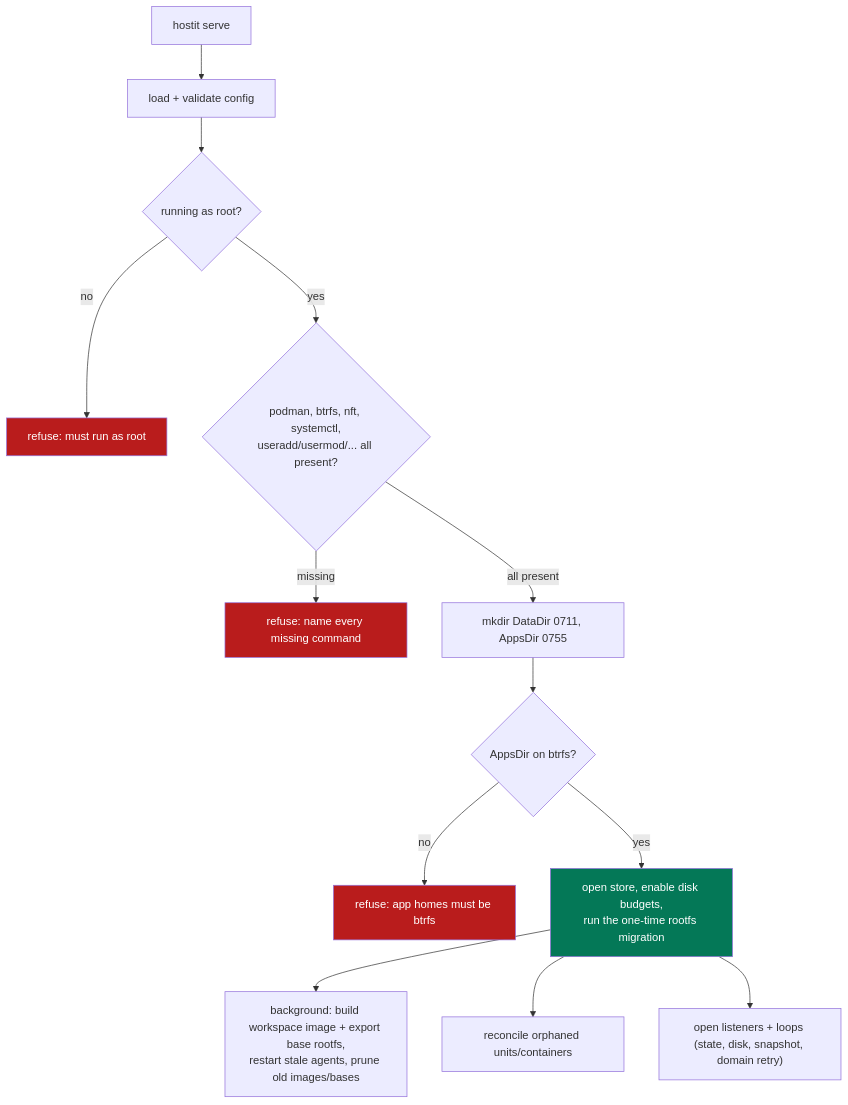
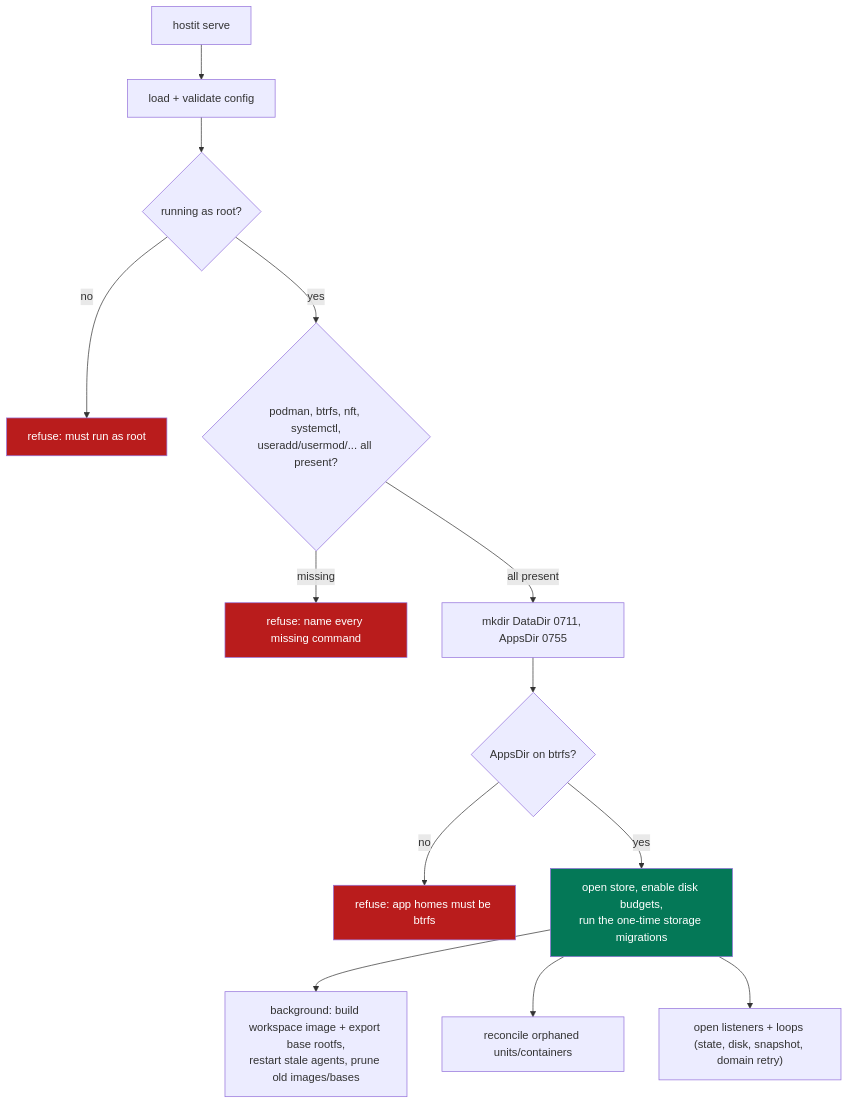
The first of 5 diagrams in docs/architecture/flows.md (binwiederhier/hostit), drawn with Mermaid before and after one commit. The commit also changed other lines of this file and 21 other files, not shown here.

````diff
--- a/docs/architecture/flows.md
+++ b/docs/architecture/flows.md
@@ -12,20 +12,20 @@
 ```mermaid
 flowchart TB
     start["hostit serve"] --> cfg["load + validate config"]
     cfg --> root{"running as root?"}
     root -- no --> fail1["refuse: must run as root"]
     root -- yes --> bins{"podman, btrfs, nft, systemctl,<br/>useradd/usermod/... all present?"}
     bins -- missing --> fail2["refuse: name every missing command"]
     bins -- all present --> dirs["mkdir DataDir 0711, AppsDir 0755"]
     dirs --> btrfs{"AppsDir on btrfs?"}
     btrfs -- no --> fail3["refuse: app homes must be btrfs"]
-    btrfs -- yes --> ok["open store, enable disk budgets,<br/>run the one-time rootfs migration"]
+    btrfs -- yes --> ok["open store, enable disk budgets,<br/>run the one-time storage migrations"]
     ok --> bg["background: build workspace image + export base rootfs,<br/>restart stale agents, prune old images/bases"]
     ok --> rec["reconcile orphaned units/containers"]
     ok --> listen["open listeners + loops (state, disk, snapshot, domain retry)"]
 
     style fail1 fill:#b91c1c,color:#fff
     style fail2 fill:#b91c1c,color:#fff
     style fail3 fill:#b91c1c,color:#fff
     style ok fill:#047857,color:#fff
 ```
````
